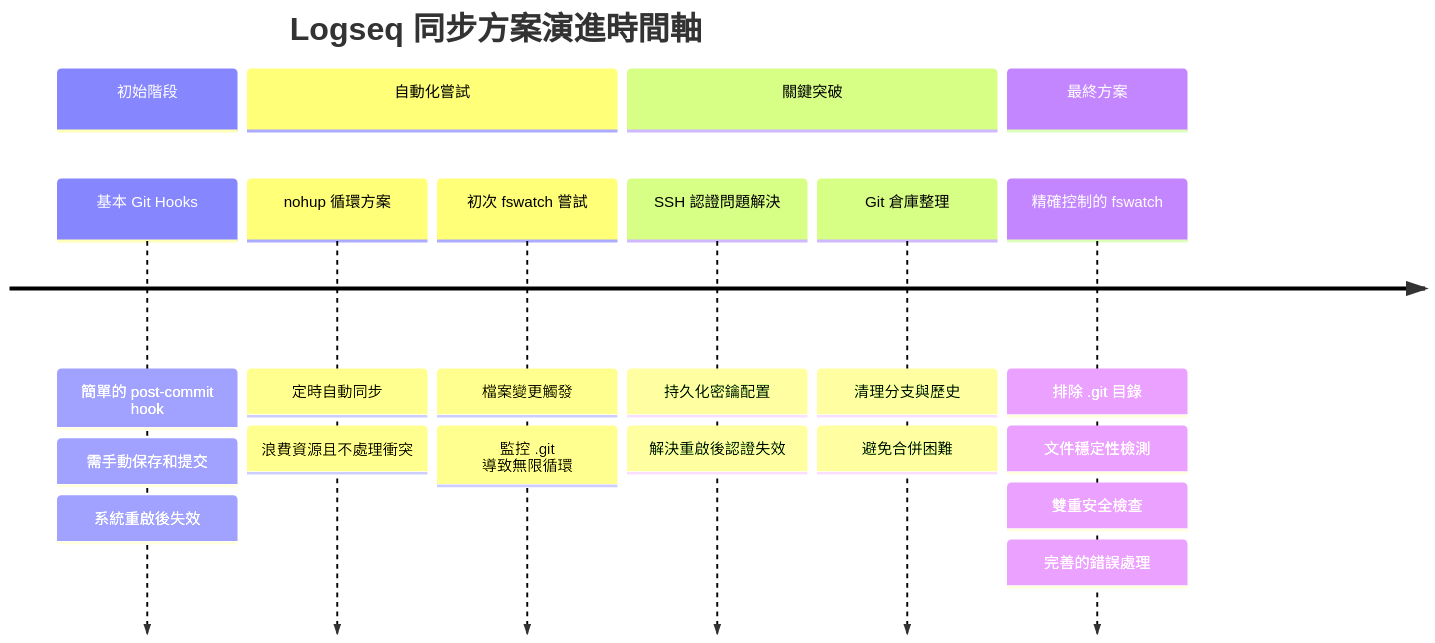
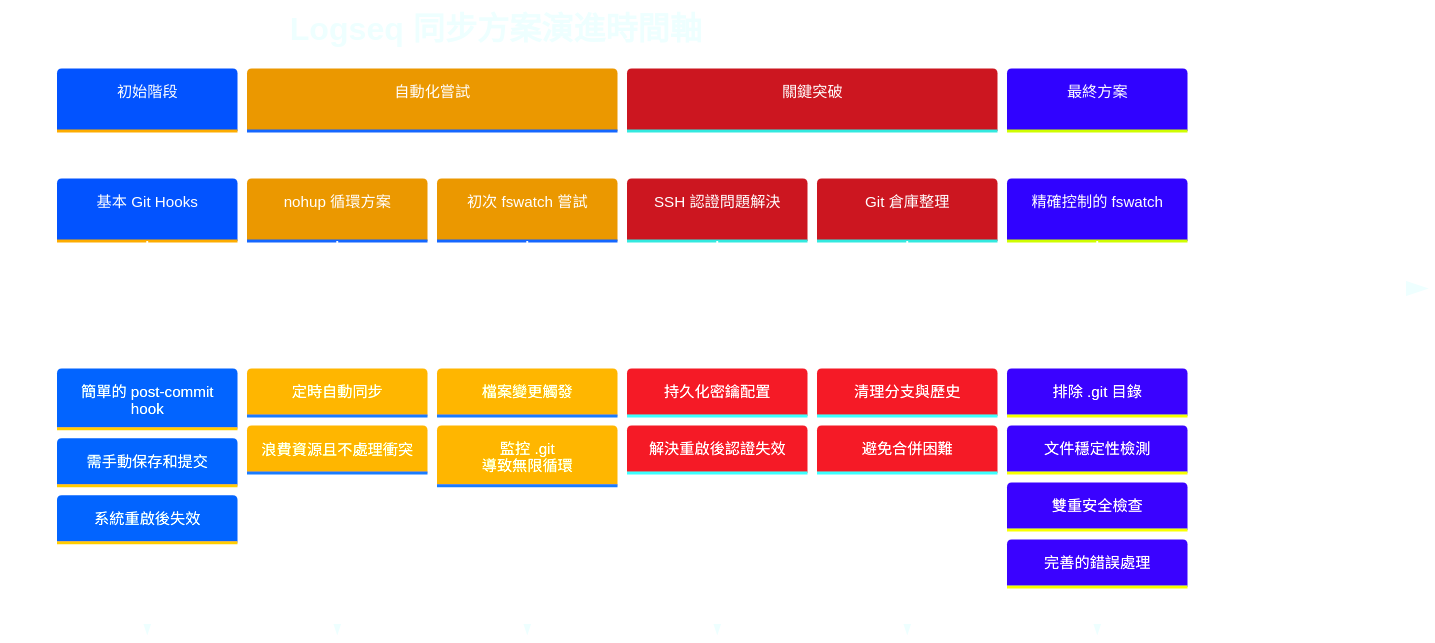
One commit to GengGeng026/Sync-Logseq changed the first of 2 diagrams in Logseq同步方案演進記錄.md. Above: the diagram before and after it, drawn with Mermaid. The commit also changed other lines of this file, not shown here.

Commit message:
Auto-sync: Wed Mar 26 08:35:04 +08 2025

````diff
--- a/Logseq同步方案演進記錄.md
+++ b/Logseq同步方案演進記錄.md
@@ -27,44 +27,44 @@
 ```mermaid
 %%{init: {
   'theme': 'base', 
   'themeVariables': {
     'primaryColor': '#82AAFF',
     'primaryTextColor': '#FFFFFF',
-    'primaryBorderColor': '#82AAFF',
+    'primaryBorderColor': '#59B79A',
     'lineColor': '#C792EA',
     'secondaryColor': '#FFCB6B',
     'tertiaryColor': '#F07178',
     'background': 'transparent',
     'textColor': '#EEFFFF',
-    'nodeBorder': '#89DDFF',
+    'nodeBorder': '#59B79A',
     'clusterBkg': 'transparent',
     'titleColor': '#EEFFFF',
-    'sectionBkgColor': '#59B79A',  /* 初始階段 - 綠色 */
-    'sectionBkgColor2': '#334455', /* 自動化嘗試 - 深藍灰 */
-    'sectionBkgColor3': '#3A4A5A', /* 關鍵突破 - 中藍灰 */
-    'sectionBkgColor4': '#C792EA', /* 最終方案 - 紫色 */
-    'sectionBkgColor5': '#4B5E78'  /* 備用顏色 */
+    'sectionBkgColor': '#273747',
+    'sectionBkgColor2': '#334455',
+    'sectionBkgColor3': '#3A4A5A',
+    'sectionBkgColor4': '#42546A',
+    'sectionBkgColor5': '#4B5E78'
   }
 }}%%
 timeline
     title Logseq 同步方案演進時間軸
     section 初始階段
         基本 Git Hooks : 簡單的 post-commit hook
         : 需手動保存和提交
         : 系統重啟後失效
     section 自動化嘗試
         nohup 循環方案 : 定時自動同步
         : 浪費資源且不處理衝突
         初次 fswatch 嘗試 : 檔案變更觸發
         : 監控 .git 導致無限循環
     section 關鍵突破
         SSH 認證問題解決 : 持久化密鑰配置
         : 解決重啟後認證失效
         Git 倉庫整理 : 清理分支與歷史
         : 避免合併困難
     section 最終方案
         精確控制的 fswatch : 排除 .git 目錄
         : 文件穩定性檢測
         : 雙重安全檢查
         : 完善的錯誤處理
 ```
````
